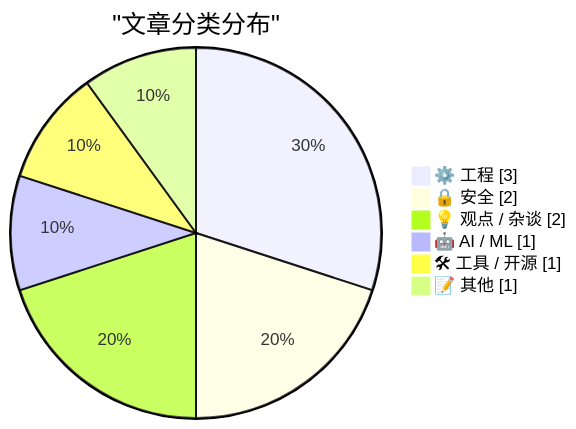
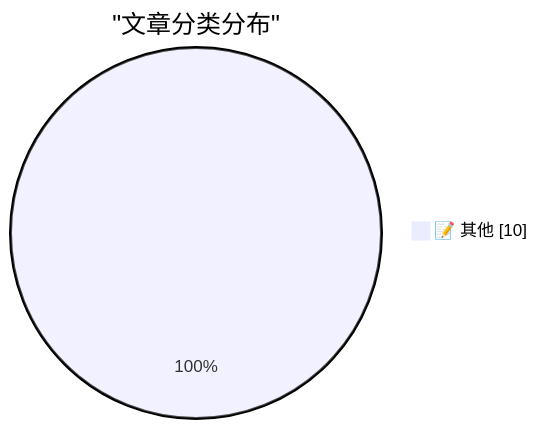
The diagram in content/ai-daily/2026-06-12.md (originem0/SZBlog), drawn with Mermaid before and after one commit. The commit also changed other lines of this file, not shown here.

````diff
--- a/content/ai-daily/2026-06-12.md
+++ b/content/ai-daily/2026-06-12.md
@@ -54,10 +42,5 @@
 ```mermaid
 pie showData
     title "文章分类分布"
-    "⚙️ 工程" : 3
-    "🔒 安全" : 2
-    "💡 观点 / 杂谈" : 2
-    "🤖 AI / ML" : 1
-    "🛠 工具 / 开源" : 1
-    "📝 其他" : 1
+    "📝 其他" : 10
 ```
````
